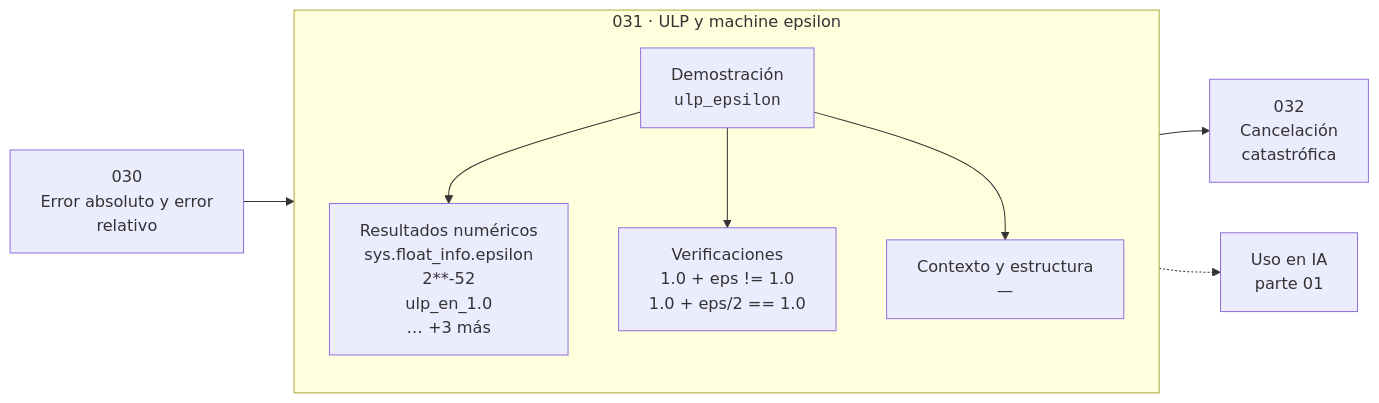
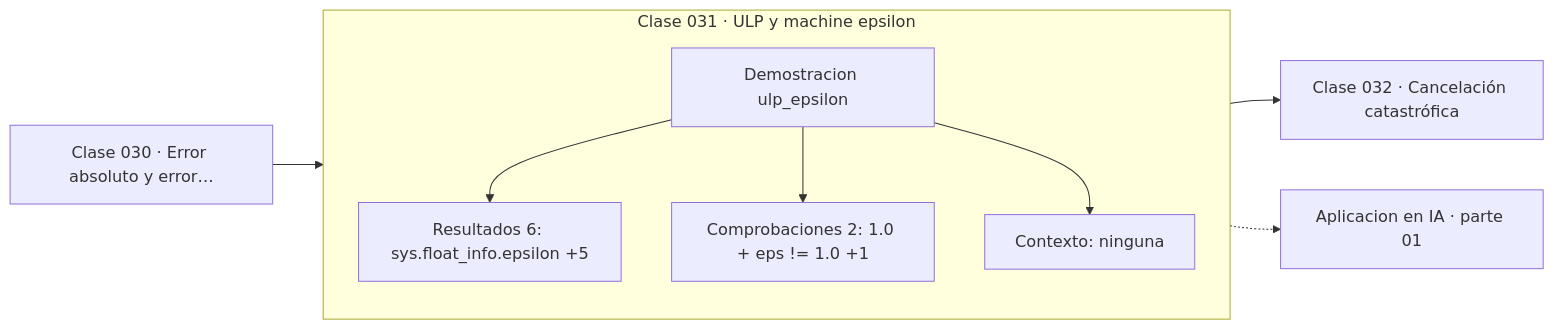
Before and after one commit to vladimiracunadev-create/computational-mathematics-program: the diagram in classes/part-01-aritmetica-computacional-y-representacion-numerica/031-ulp-y-machine-epsilon/README.md, drawn with Mermaid. The commit also changed 389 other files, not shown here.

First line of the commit message:
fix(diagramas): elimina el HTML de las etiquetas Mermaid

````diff
--- a/classes/part-01-aritmetica-computacional-y-representacion-numerica/031-ulp-y-machine-epsilon/README.md
+++ b/classes/part-01-aritmetica-computacional-y-representacion-numerica/031-ulp-y-machine-epsilon/README.md
@@ -35,12 +35,13 @@
 ```mermaid
 flowchart LR
-    P["030<br/>Error absoluto y error<br/>relativo"] --> C
-    subgraph C["031 · ULP y machine epsilon"]
+    P["Clase 030 · Error absoluto y error…"] --> D
+    subgraph CLASE["Clase 031 · ULP y machine epsilon"]
         direction TB
-        D["Demostración<br/><code>ulp_epsilon</code>"] --> R["Resultados numéricos<br/>sys.float_info.epsilon<br/>2**-52<br/>ulp_en_1.0<br/>… +3 más"]
-        D --> V["Verificaciones<br/>1.0 + eps != 1.0<br/>1.0 + eps/2 == 1.0"]
-        D --> O["Contexto y estructura<br/>—"]
+        D["Demostracion ulp_epsilon"]
+        D --> R["Resultados 6: sys.float_info.epsilon +5"]
+        D --> V["Comprobaciones 2: 1.0 + eps != 1.0 +1"]
+        D --> O["Contexto: ninguna"]
     end
-    C --> N["032<br/>Cancelación<br/>catastrófica"]
-    C -.-> IA["Uso en IA<br/>parte 01"]
+    R --> N["Clase 032 · Cancelación catastrófica"]
+    V -.-> IA["Aplicacion en IA · parte 01"]
 ```
````
